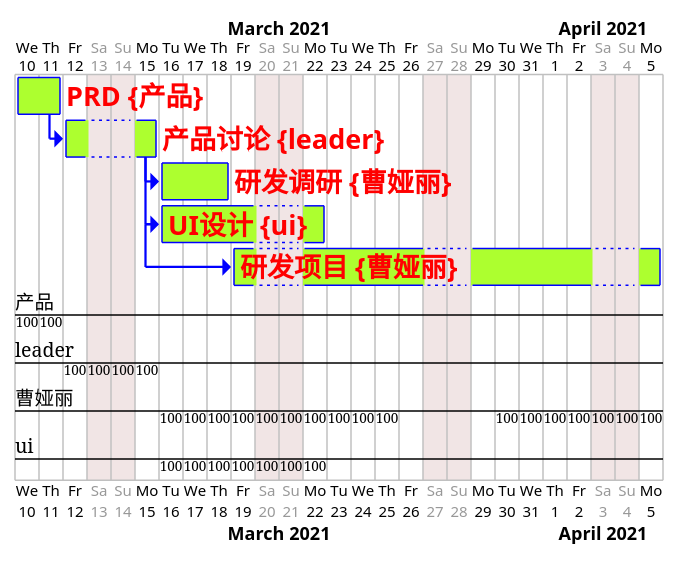
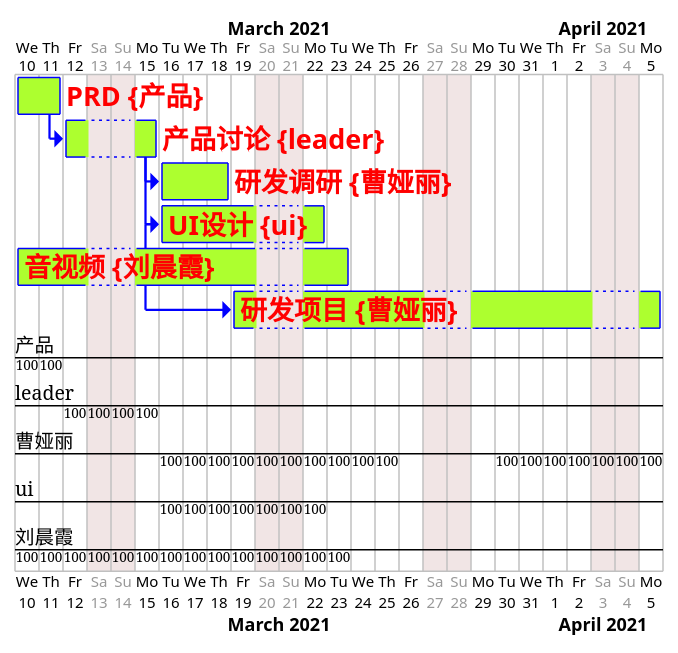
One commit to caoyali/BooksCodeDemo changed diagram 18 of 24 in 23Pattern/app/src/main/java/com/example/pattern/UML/ClassUmlTemplate.md. Above: the diagram before and after it, drawn with PlantUML. The commit also changed other lines of this file, not shown here.

Commit message:
[add] 添加甘特图学习

````diff
--- a/23Pattern/app/src/main/java/com/example/pattern/UML/ClassUmlTemplate.md
+++ b/23Pattern/app/src/main/java/com/example/pattern/UML/ClassUmlTemplate.md
@@ -220,59 +234,61 @@
 ```puml
 @startgantt
 <style>
 ganttDiagram {
 	task {
 		FontName Helvetica
 		FontColor red
 		FontSize 18
 		FontStyle bold
 		BackGroundColor GreenYellow
 		LineColor blue
 	}
 	milestone {
 		FontColor blue
 		FontSize 25
 		FontStyle italic
 		BackGroundColor yellow
 		LineColor red
 	}
 	note {
 		FontColor DarkGreen
 		FontSize 10
 		LineColor OrangeRed
 	}
 	arrow {
 		FontName Helvetica
 		FontColor red
 		FontSize 18
 		FontStyle bold
 		BackGroundColor GreenYellow
 		LineColor blue
 	}
 	separator {
 		LineColor red
 		BackGroundColor green
 		FontSize 16
 		FontStyle bold
 		FontColor purple
 	}
 }
 </style>
 saturday are closed
 sunday are closed
 Project starts the 2021/03/10
 
 [PRD] on {产品} lasts 2 days
 then [产品讨论] on {leader} lasts 2 days
 then [研发调研] on {曹娅丽} lasts 3 days
 [UI设计] on {ui} lasts 5 days
 '简化语法，指定了顺序。不过这种只是指定顺序而已！更高级的，需要码字
 [产品讨论]->[UI设计]
 
+[音视频] on {刘晨霞} lasts 10 days
+
 [研发项目] on {曹娅丽} lasts 10 days
 
 '这一句是高级语法，解决了不同团队的介入时间问题。
 [研发项目] starts 3 days after [UI设计]'s start 
 {曹娅丽} is off on 2021/03/26 to 2021/03/29
 @endgantt
 ```
````
